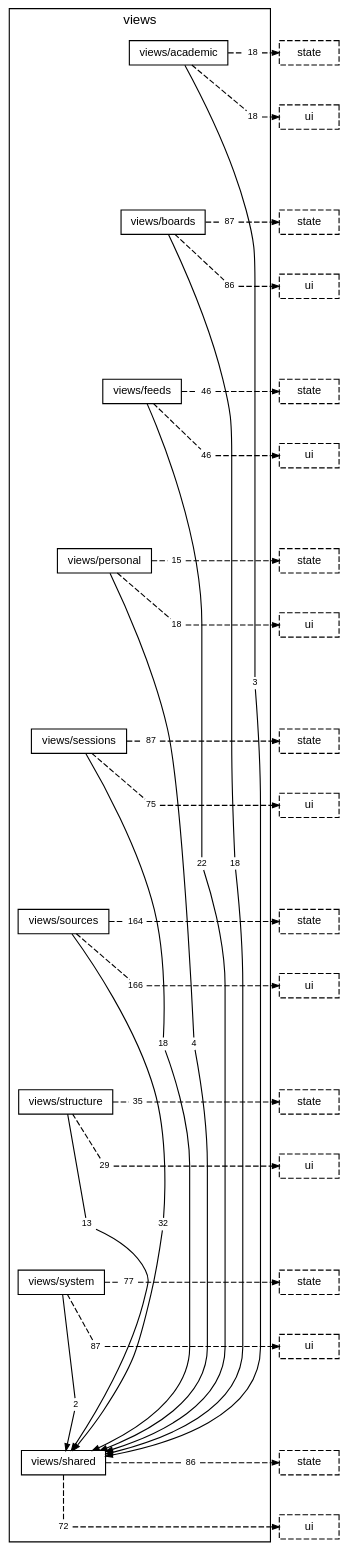
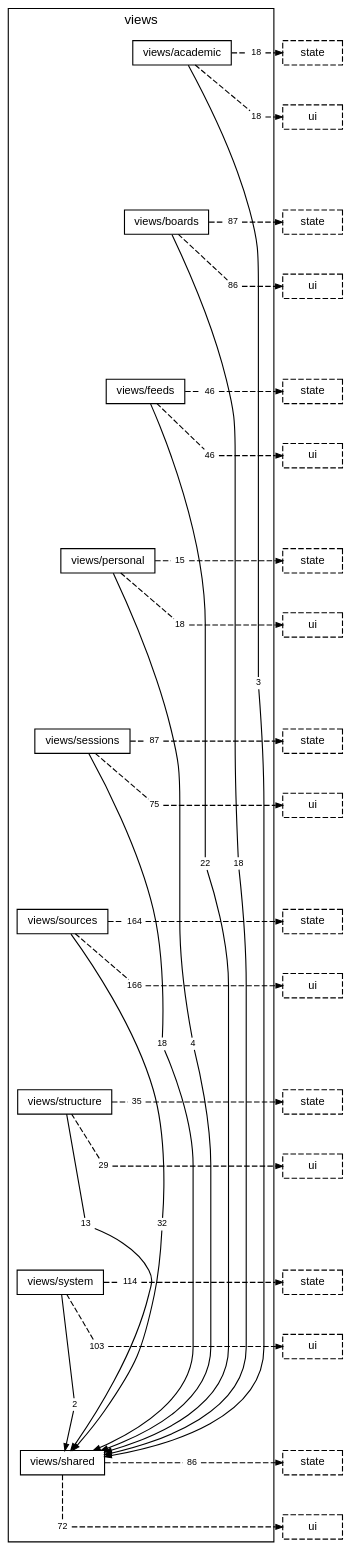
Before and after one commit to TheAxeC/oculus: the diagram in docs/diagrams/layer-views.dot, drawn with Graphviz. The commit also changed 66 other files, not shown here.

```diff
--- a/docs/diagrams/layer-views.dot
+++ b/docs/diagrams/layer-views.dot
@@ -35,8 +35,8 @@
         "folder views/structure to layer state" [label="35", shape=box, color="transparent", fontsize=8, width=0, height=0, margin="0.04,0.02"];
         "folder views/structure to layer ui" [label="29", shape=box, color="transparent", fontsize=8, width=0, height=0, margin="0.04,0.02"];
         "folder views/system to folder views/shared" [label="2", shape=box, color="transparent", fontsize=8, width=0, height=0, margin="0.04,0.02"];
-        "folder views/system to layer state" [label="77", shape=box, color="transparent", fontsize=8, width=0, height=0, margin="0.04,0.02"];
-        "folder views/system to layer ui" [label="87", shape=box, color="transparent", fontsize=8, width=0, height=0, margin="0.04,0.02"];
+        "folder views/system to layer state" [label="114", shape=box, color="transparent", fontsize=8, width=0, height=0, margin="0.04,0.02"];
+        "folder views/system to layer ui" [label="103", shape=box, color="transparent", fontsize=8, width=0, height=0, margin="0.04,0.02"];
         "folder views/shared to layer state" [label="86", shape=box, color="transparent", fontsize=8, width=0, height=0, margin="0.04,0.02"];
         "folder views/shared to layer ui" [label="72", shape=box, color="transparent", fontsize=8, width=0, height=0, margin="0.04,0.02"];
     }
```
